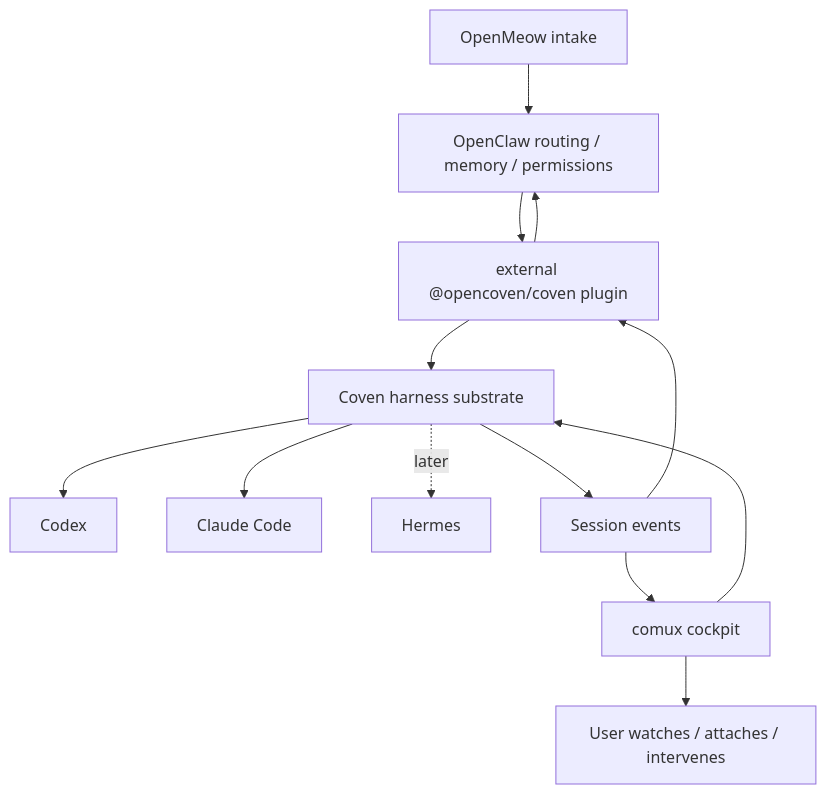
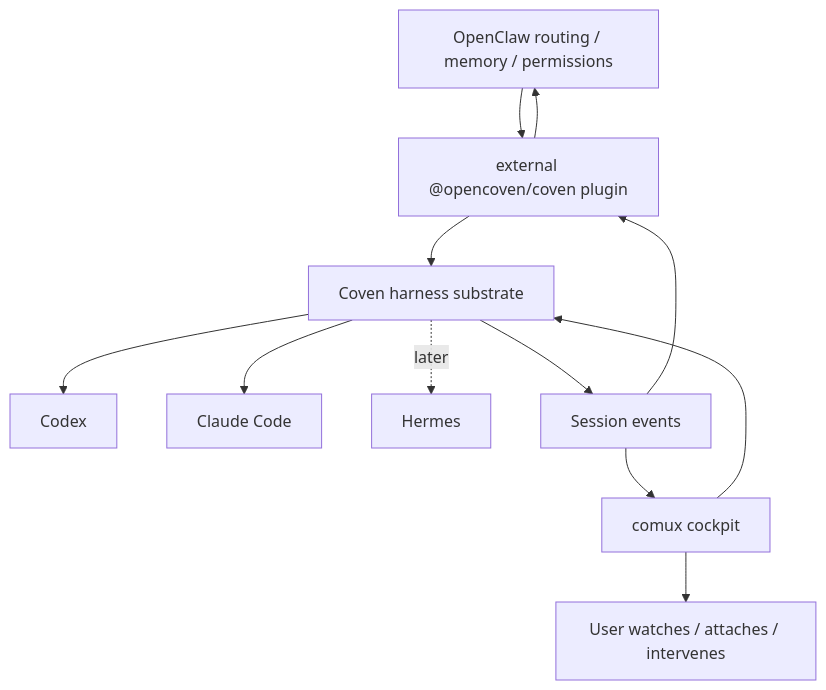
Before and after one commit to OpenCoven/coven: the fifth of 6 diagrams in docs/MVP-PLAN.md, drawn with Mermaid. The commit also changed other lines of this file and 48 other files, not shown here.

First line of the commit message:
chore: scrub stray OpenMeow references (#256)

````diff
--- a/docs/MVP-PLAN.md
+++ b/docs/MVP-PLAN.md
@@ -428,15 +427,14 @@
 ```mermaid
 flowchart TD
-  OpenMeow[OpenMeow intake] --> OpenClaw[OpenClaw routing / memory / permissions]
-  OpenClaw --> Plugin[external @opencoven/coven plugin]
+  OpenClaw[OpenClaw routing / memory / permissions] --> Plugin[external @opencoven/coven plugin]
   Plugin --> Coven[Coven harness substrate]
   Comux[comux cockpit] --> Coven
   Coven --> Codex[Codex]
   Coven --> Claude[Claude Code]
   Coven -. later .-> Hermes[Hermes]
   Coven --> Events[Session events]
   Events --> Plugin
   Plugin --> OpenClaw
   Events --> Comux
   Comux --> User[User watches / attaches / intervenes]
 ```
````
